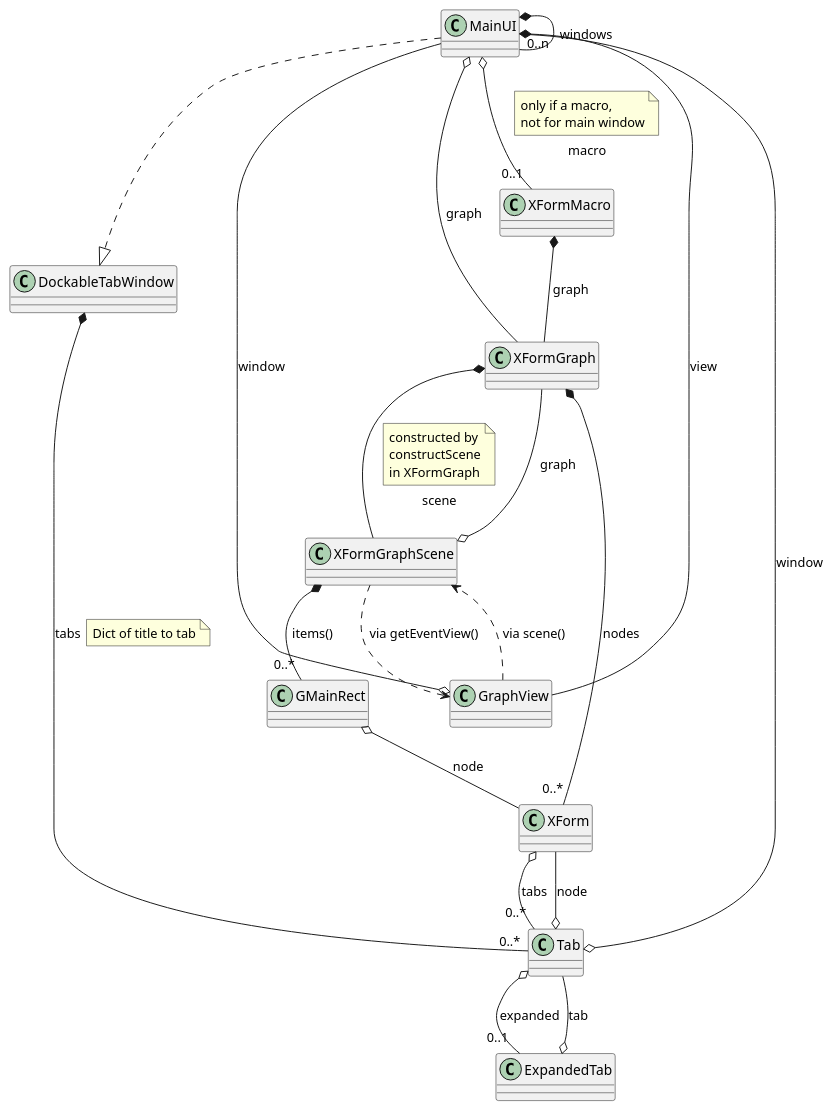
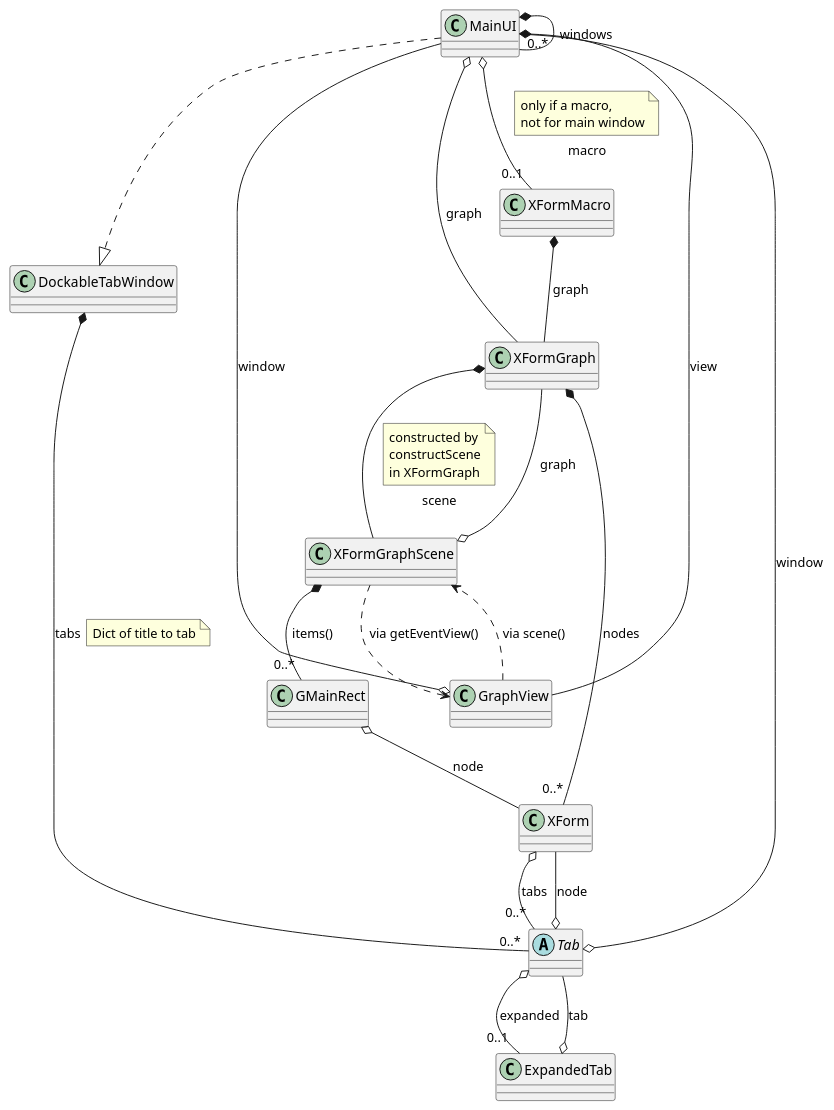
The diagram in docs/ui.plantuml (AU-ExoMars/PCOT), drawn with PlantUML before and after one commit. The commit also changed 13 other files, not shown here.

```diff
--- a/docs/ui.plantuml
+++ b/docs/ui.plantuml
@@ -1,49 +1,52 @@
 @startuml
 skinparam classAttributeIconSize 0
 
 'left to right direction
 
-MainUI *-- "0..n" MainUI : windows
+MainUI *-- "0..*" MainUI : windows
 
 MainUI o-- XFormGraph : graph
 
 XFormGraph *-- XFormGraphScene : scene
 note top on link
 constructed by
 constructScene
 in XFormGraph
 end note
 
 MainUI o-- "0..1" XFormMacro : macro
 note top on link
 only if a macro,
 not for main window
 end note
 
 XFormMacro *-- XFormGraph : graph
 
 XFormGraphScene *-- "0..*" GMainRect : items()
 GMainRect o-- XForm : node
 XFormGraph *-- "0..*" XForm : nodes
 
 
 MainUI *-- GraphView : view
 GraphView o-- MainUI : window
 GraphView ..> XFormGraphScene : via scene()
 XFormGraphScene ..> GraphView : via getEventView()
 XFormGraphScene o-- XFormGraph : graph
 
 MainUI ..|> DockableTabWindow
 
 DockableTabWindow *-- "0..*" Tab : tabs
 note right on link
 Dict of title to tab
 end note
 
+abstract class Tab {
+}
+
 Tab o-- XForm : node
 XForm o-- "0..*" Tab : tabs
 Tab o-- MainUI : window
 ExpandedTab o-- Tab : tab
 Tab o-- "0..1" ExpandedTab : expanded
 
 @enduml
```
